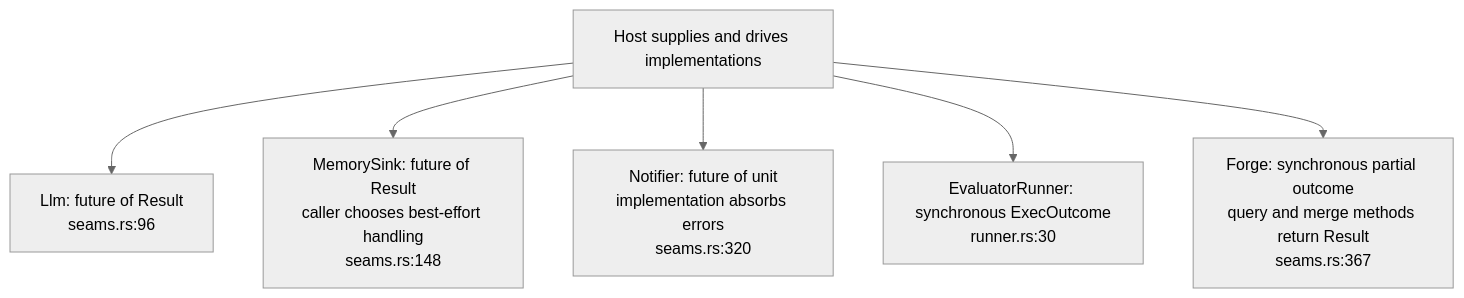
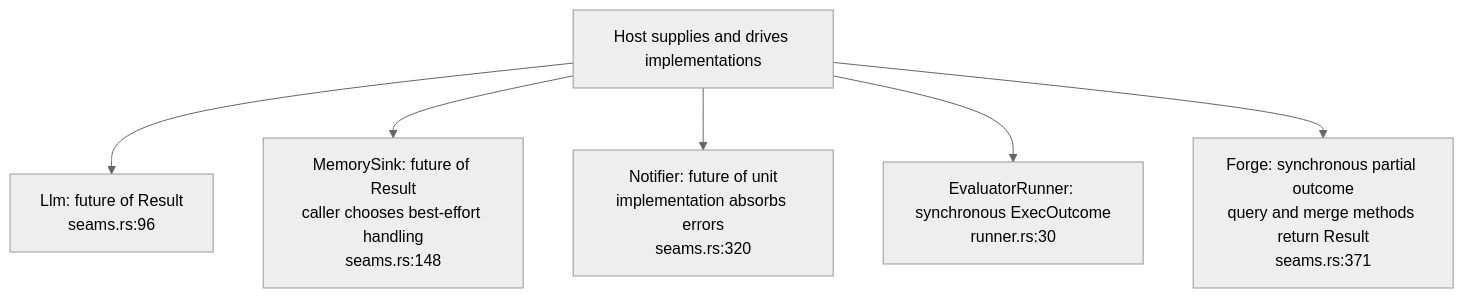
The first of 3 diagrams in docs/diagrams/dream-engine/04-forge-and-seam-contracts.md (DreamLab-AI/VisionFlow), drawn with Mermaid (neutral theme) before and after one commit. The commit also changed other lines of this file and 8 other files, not shown here.

````diff
--- a/docs/diagrams/dream-engine/04-forge-and-seam-contracts.md
+++ b/docs/diagrams/dream-engine/04-forge-and-seam-contracts.md
@@ -28,8 +28,8 @@
 ```mermaid
 flowchart TB
     HOST["Host supplies and drives implementations"] --> LLM["Llm: future of Result<br/>seams.rs:96"]
     HOST --> MEM["MemorySink: future of Result<br/>caller chooses best-effort handling<br/>seams.rs:148"]
     HOST --> NOTE["Notifier: future of unit<br/>implementation absorbs errors<br/>seams.rs:320"]
     HOST --> RUN["EvaluatorRunner: synchronous ExecOutcome<br/>runner.rs:30"]
-    HOST --> FORGE["Forge: synchronous partial outcome<br/>query and merge methods return Result<br/>seams.rs:367"]
+    HOST --> FORGE["Forge: synchronous partial outcome<br/>query and merge methods return Result<br/>seams.rs:371"]
 ```
````
